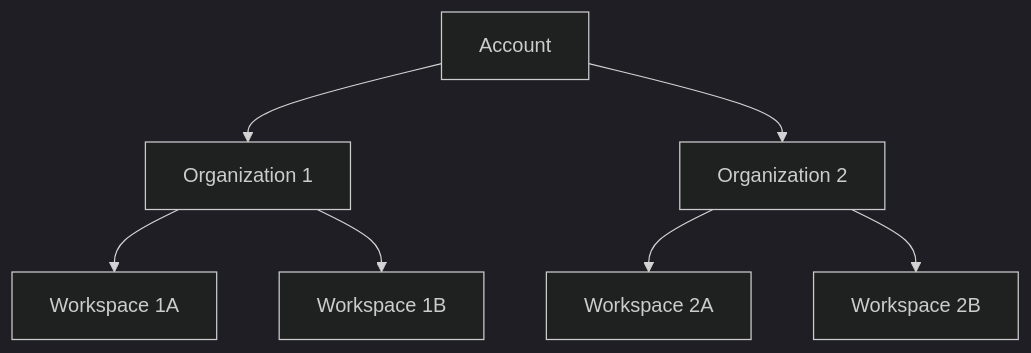
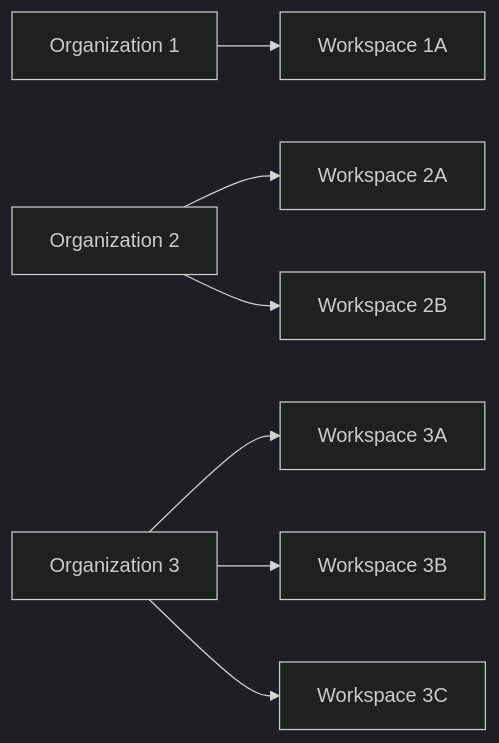
Before and after one commit to Unstructured-IO/docs: the first of 2 diagrams in ui/account/workspaces.mdx, drawn with Mermaid (dark theme). The commit also changed other lines of this file and 1 other file, not shown here.

Commit message:
Arch diagram cleanup, more task headings

````diff
--- a/ui/account/workspaces.mdx
+++ b/ui/account/workspaces.mdx
@@ -15,11 +16,21 @@
 ```mermaid
-graph TD
-    Account --> Org1[Organization 1]
-    Account --> Org2[Organization 2]
+graph LR
+    Org1[Organization 1]
+    Org2[Organization 2]
+    Org3[Organization 3]
+    WS1A[Workspace 1A]
+    WS2A[Workspace 2A]
+    WS2B[Workspace 2B]
+    WS3A[Workspace 3A]
+    WS3B[Workspace 3B]
+    WS3C[Workspace 3C]
+
+    Org1 --> WS1A
     
-    Org1 --> Workspace1A[Workspace 1A]
-    Org1 --> Workspace1B[Workspace 1B]
-    
-    Org2 --> Workspace2A[Workspace 2A]
-    Org2 --> Workspace2B[Workspace 2B]
+    Org2 --> WS2A
+    Org2 --> WS2B
+
+    Org3 --> WS3A
+    Org3 --> WS3B
+    Org3 --> WS3C
 ```
````
